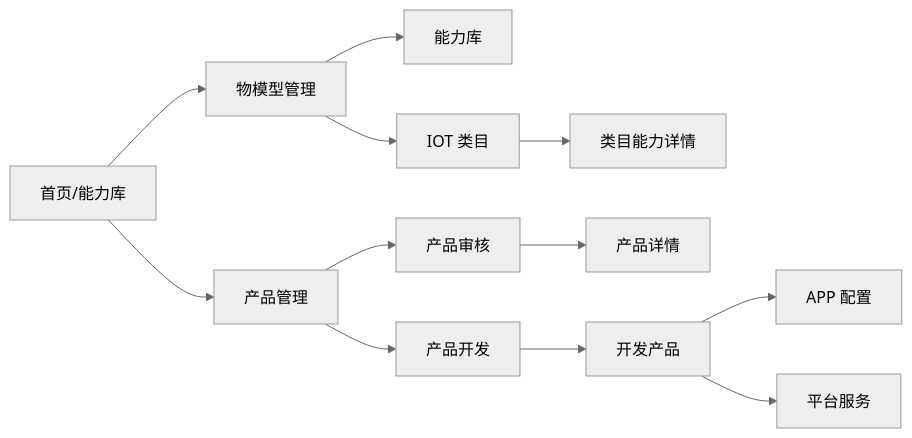
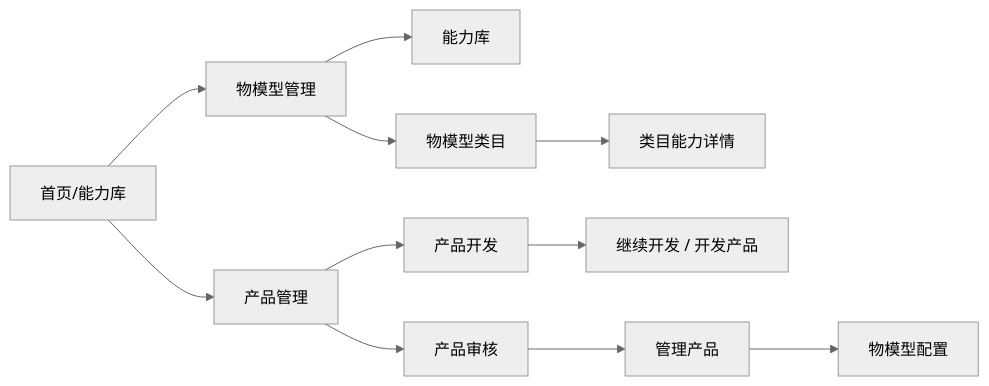
One commit to hongtao-l/platform changed the sixth of 6 diagrams in docs/prd_full/生态平台物模型重构/生态平台物模型重构03PRD.md. Above: the diagram before and after it, drawn with Mermaid (neutral theme). The commit also changed other lines of this file and 6 other files, not shown here.

````diff
--- a/docs/prd_full/生态平台物模型重构/生态平台物模型重构03PRD.md
+++ b/docs/prd_full/生态平台物模型重构/生态平台物模型重构03PRD.md
@@ -542,14 +431,13 @@
 ```mermaid
 flowchart LR
     Home[首页/能力库] --> TM[物模型管理]
     TM --> LIB[能力库]
-    TM --> CAT[IOT 类目]
+    TM --> CAT[物模型类目]
     CAT --> CATD[类目能力详情]
     Home --> PM[产品管理]
     PM --> DEV[产品开发]
+    DEV --> CONF[继续开发 / 开发产品]
     PM --> AUD[产品审核]
-    AUD --> DETAIL[产品详情]
-    DEV --> CONF[开发产品]
-    CONF --> STEP2[APP 配置]
-    CONF --> STEP3[平台服务]
+    AUD --> DETAIL[管理产品]
+    DETAIL --> TMCFG[物模型配置]
 ```
````
